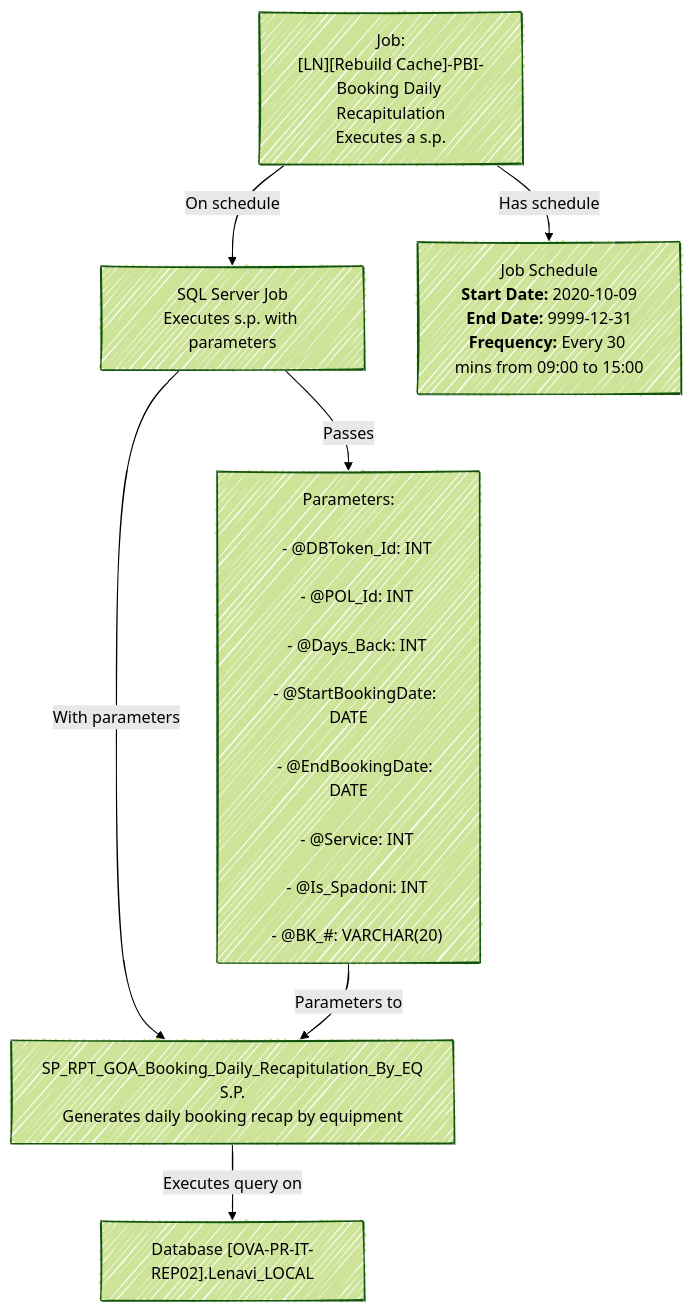
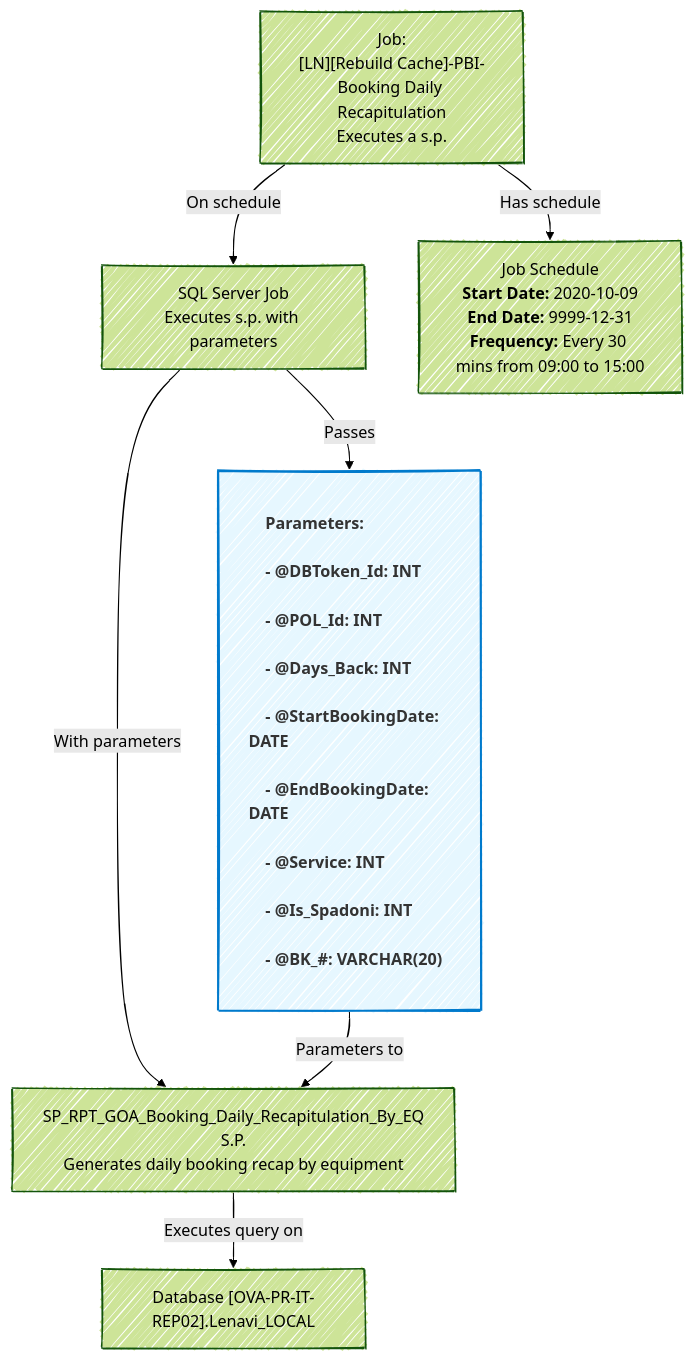
The diagram in Booking_Daily_Recapitulation_By_EQ/Job_Exec_SP.md (grellag/Project_Python), drawn with Mermaid before and after one commit. The commit also changed other lines of this file, not shown here.

````diff
--- a/Booking_Daily_Recapitulation_By_EQ/Job_Exec_SP.md
+++ b/Booking_Daily_Recapitulation_By_EQ/Job_Exec_SP.md
@@ -7,35 +11,44 @@
 ```mermaid
 ---
 config:
   look: handDrawn
   theme: forest
   layout: dagre
 ---
 flowchart TB
+    %% Definisci una classe personalizzata per il nodo parameters
+    classDef parametersStyle fill:#e6f7ff,stroke:#007acc,stroke-width:2px,color:#333,font-weight:bold;
+
     job["Job:<br>[LN][Rebuild Cache]-PBI-Booking Daily Recapitulation<br>Executes a s.p."]
 
     sql_job["SQL Server Job<br>Executes s.p. with parameters"]
 
     schedule["Job Schedule<br><b>Start Date:</b> 2020-10-09<br><b>End Date:</b> 9999-12-31<br><b>Frequency:</b> Every 30 mins from 09:00 to 15:00"]
 
     db["Database [OVA-PR-IT-REP02].Lenavi_LOCAL"]
 
     stored_proc["SP_RPT_GOA_Booking_Daily_Recapitulation_By_EQ<br>S.P.<br>Generates daily booking recap by equipment"]
 
-    parameters["Parameters:<br>
+    %% Simula l'allineamento a sinistra utilizzando <div> con text-align:left
+    parameters["<div style='text-align:left'>
+    Parameters:<br>
     - @DBToken_Id: INT<br>
     - @POL_Id: INT<br>
     - @Days_Back: INT<br>
     - @StartBookingDate: DATE<br>
     - @EndBookingDate: DATE<br>
     - @Service: INT<br>
     - @Is_Spadoni: INT<br>
-    - @BK_#: VARCHAR(20)"]
+    - @BK_#: VARCHAR(20)
+    </div>"]
+
+    %% Applica lo stile personalizzato al nodo parameters
+    class parameters parametersStyle;
 
     job         -->     |On schedule|sql_job
     sql_job     -->     |With parameters|stored_proc
     stored_proc -->     |Executes query on|db
     job -->|Has schedule| schedule
     sql_job -->|Passes| parameters
     parameters -->|Parameters to| stored_proc
 ```
````
